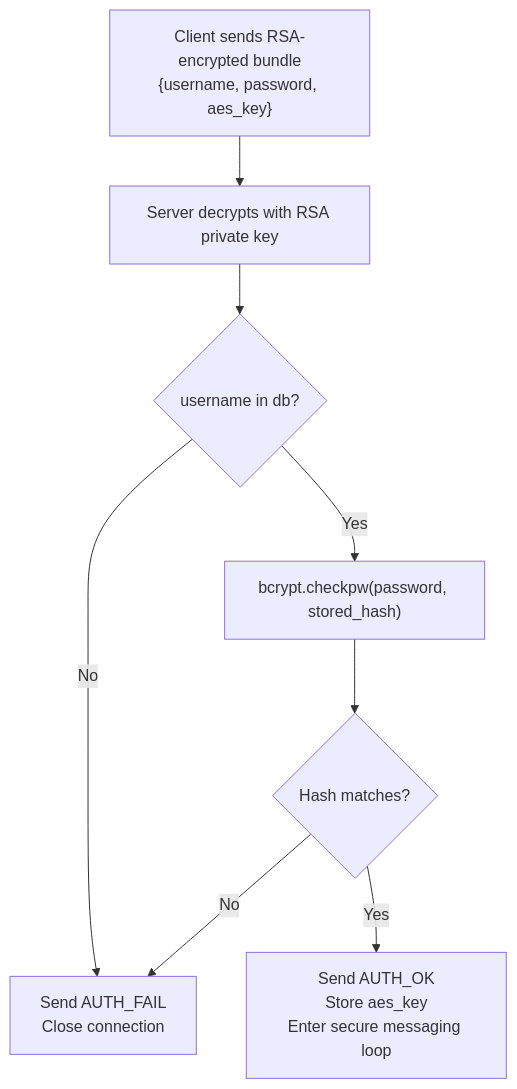
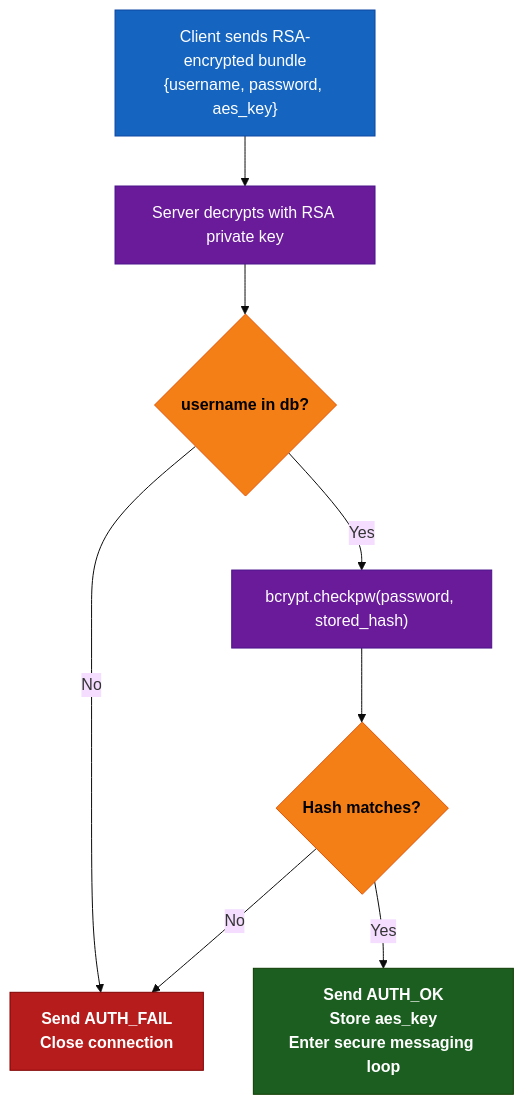
One commit to HeshamAfandi/Secure-Communication-System changed the sixth of 14 diagrams in PROJECT_DOCUMENTATION.md. Above: the diagram before and after it, drawn with Mermaid. The commit also changed other lines of this file, not shown here.

Commit message:
made the diagrams colored

````diff
--- a/PROJECT_DOCUMENTATION.md
+++ b/PROJECT_DOCUMENTATION.md
@@ -652,11 +679,18 @@
 ```mermaid
+%%{init: {'theme': 'base'}}%%
 flowchart TD
-    A["Client sends RSA-encrypted bundle<br/>{username, password, aes_key}"] --> B
-    B["Server decrypts with RSA private key"] --> C
-    C{username in db?}
-    C -->|No| FAIL["Send AUTH_FAIL<br/>Close connection"]
-    C -->|Yes| D["bcrypt.checkpw(password, stored_hash)"]
-    D --> E{Hash matches?}
+    classDef input    fill:#1565C0,stroke:#0D47A1,color:#FFFFFF
+    classDef process  fill:#6A1B9A,stroke:#4A148C,color:#FFFFFF
+    classDef decision fill:#F57F17,stroke:#E65100,color:#000000,font-weight:bold
+    classDef success  fill:#1B5E20,stroke:#0D3B00,color:#FFFFFF,font-weight:bold
+    classDef failure  fill:#B71C1C,stroke:#7F0000,color:#FFFFFF,font-weight:bold
+
+    A["Client sends RSA-encrypted bundle<br/>{username, password, aes_key}"]:::input --> B
+    B["Server decrypts with RSA private key"]:::process --> C
+    C{username in db?}:::decision
+    C -->|No| FAIL["Send AUTH_FAIL<br/>Close connection"]:::failure
+    C -->|Yes| D["bcrypt.checkpw(password, stored_hash)"]:::process
+    D --> E{Hash matches?}:::decision
     E -->|No| FAIL
-    E -->|Yes| OK["Send AUTH_OK<br/>Store aes_key<br/>Enter secure messaging loop"]
+    E -->|Yes| OK["Send AUTH_OK<br/>Store aes_key<br/>Enter secure messaging loop"]:::success
 ```
````
